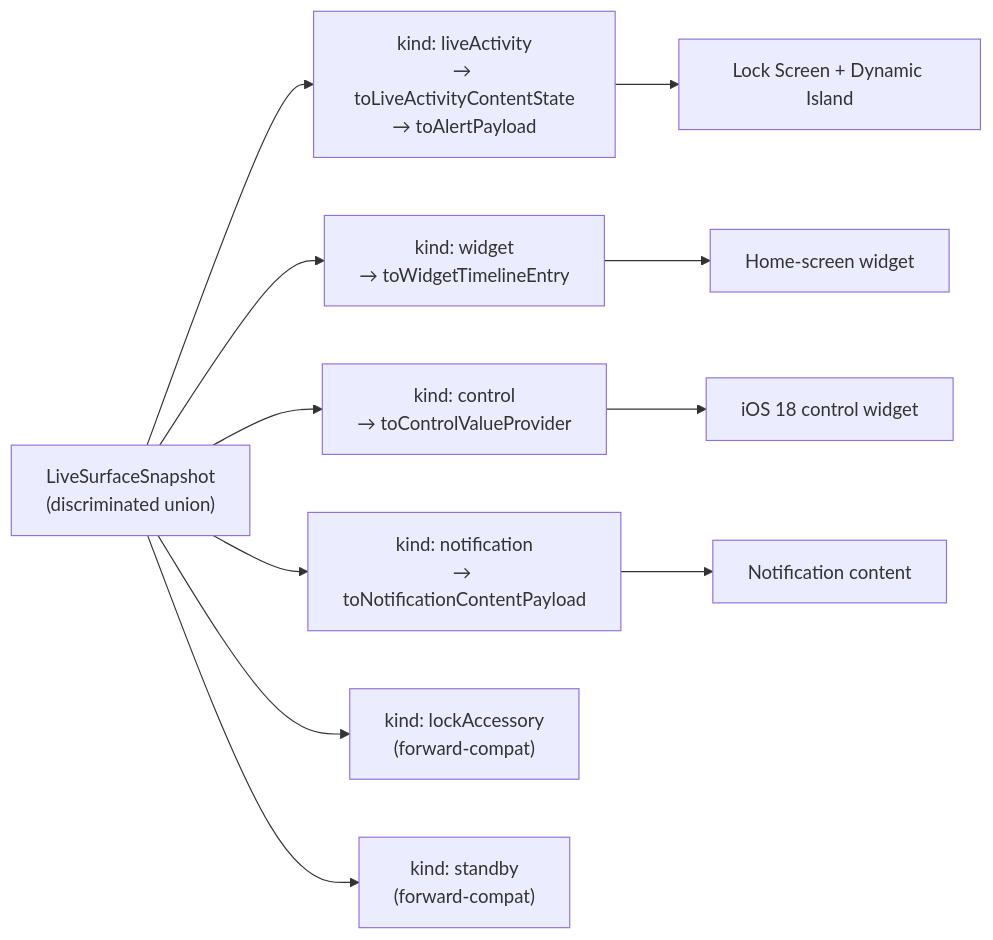
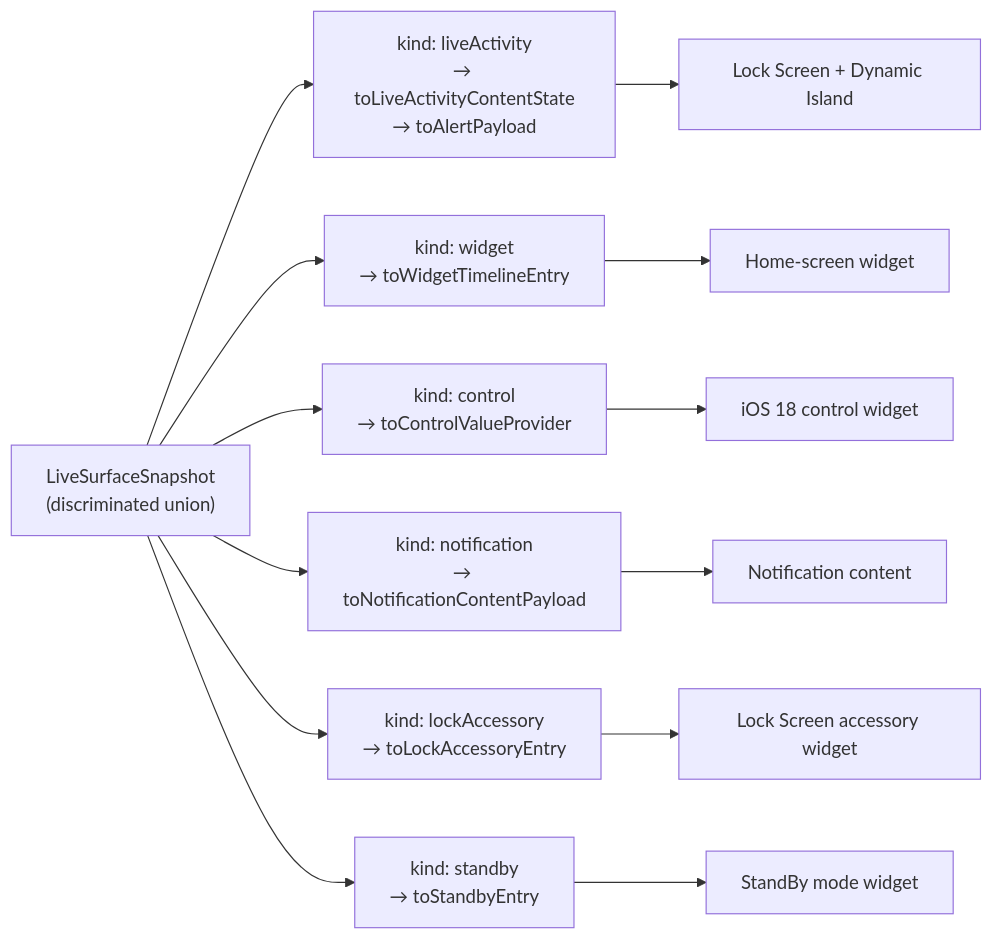
One commit to glendonC/mobile-surfaces changed the diagram in docs/multi-surface.md. Above: the diagram before and after it, drawn with Mermaid. The commit also changed other lines of this file and 20 other files, not shown here.

````diff
--- a/docs/multi-surface.md
+++ b/docs/multi-surface.md
@@ -23,13 +23,15 @@
 ```mermaid
 flowchart LR
   Snapshot["LiveSurfaceSnapshot<br/>(discriminated union)"] --> LA["kind: liveActivity<br/>→ toLiveActivityContentState<br/>→ toAlertPayload"]
   Snapshot --> W["kind: widget<br/>→ toWidgetTimelineEntry"]
   Snapshot --> C["kind: control<br/>→ toControlValueProvider"]
   Snapshot --> N["kind: notification<br/>→ toNotificationContentPayload"]
-  Snapshot --> LK["kind: lockAccessory<br/>(forward-compat)"]
-  Snapshot --> SB["kind: standby<br/>(forward-compat)"]
+  Snapshot --> LK["kind: lockAccessory<br/>→ toLockAccessoryEntry"]
+  Snapshot --> SB["kind: standby<br/>→ toStandbyEntry"]
   LA --> LockScreen["Lock Screen + Dynamic Island"]
   W --> HomeWidget["Home-screen widget"]
   C --> ControlWidget["iOS 18 control widget"]
   N --> Notification["Notification content"]
+  LK --> LockAccessory["Lock Screen accessory widget"]
+  SB --> Standby["StandBy mode widget"]
 ```
````
